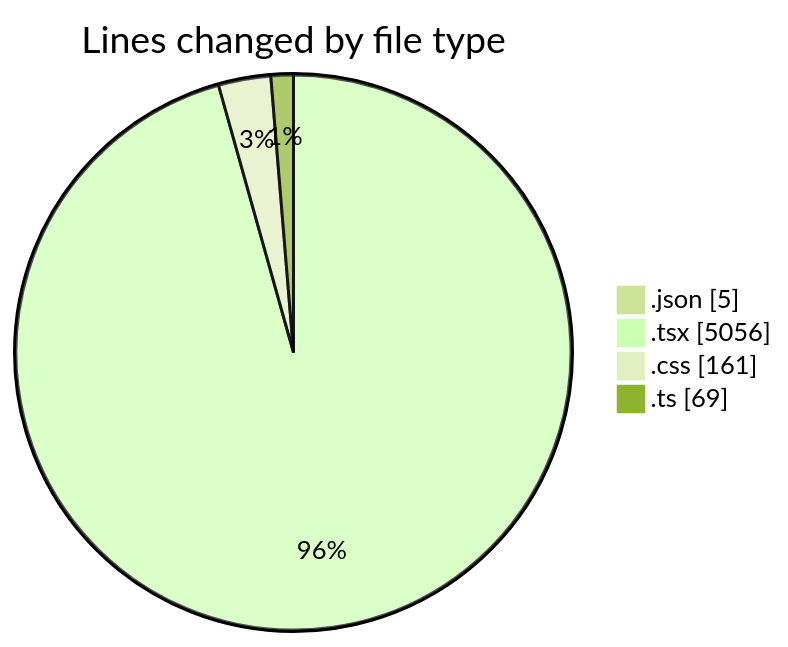
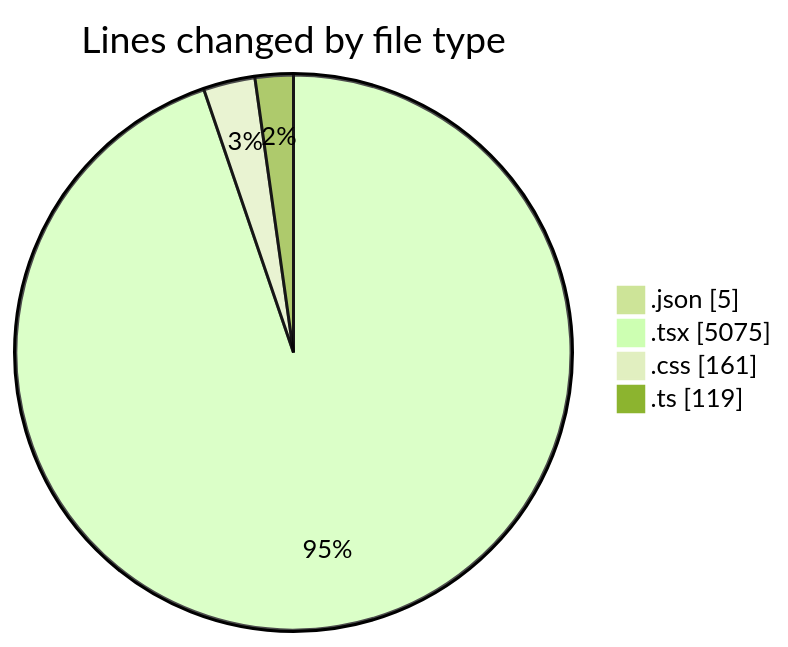
Before and after one commit to Elitesun/code-tracking: the first of 2 diagrams in 2025-05-29/advertise/README.md, drawn with Mermaid (forest theme). The commit also changed other lines of this file and 1 other file, not shown here.

````diff
--- a/2025-05-29/advertise/README.md
+++ b/2025-05-29/advertise/README.md
@@ -42,8 +42,8 @@
 ```mermaid
 pie showData
 title Lines changed by file type
 ".json" : 5
-".tsx" : 5056
+".tsx" : 5075
 ".css" : 161
-".ts" : 69
+".ts" : 119
 ```
````
